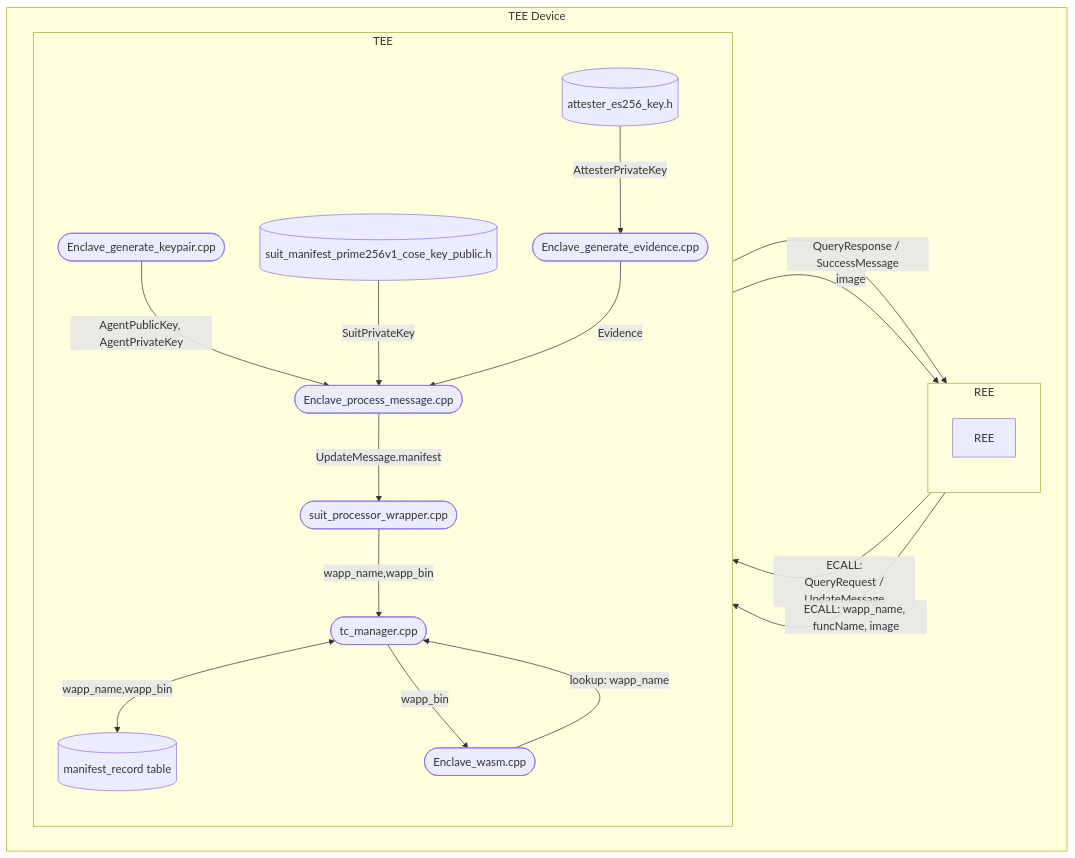
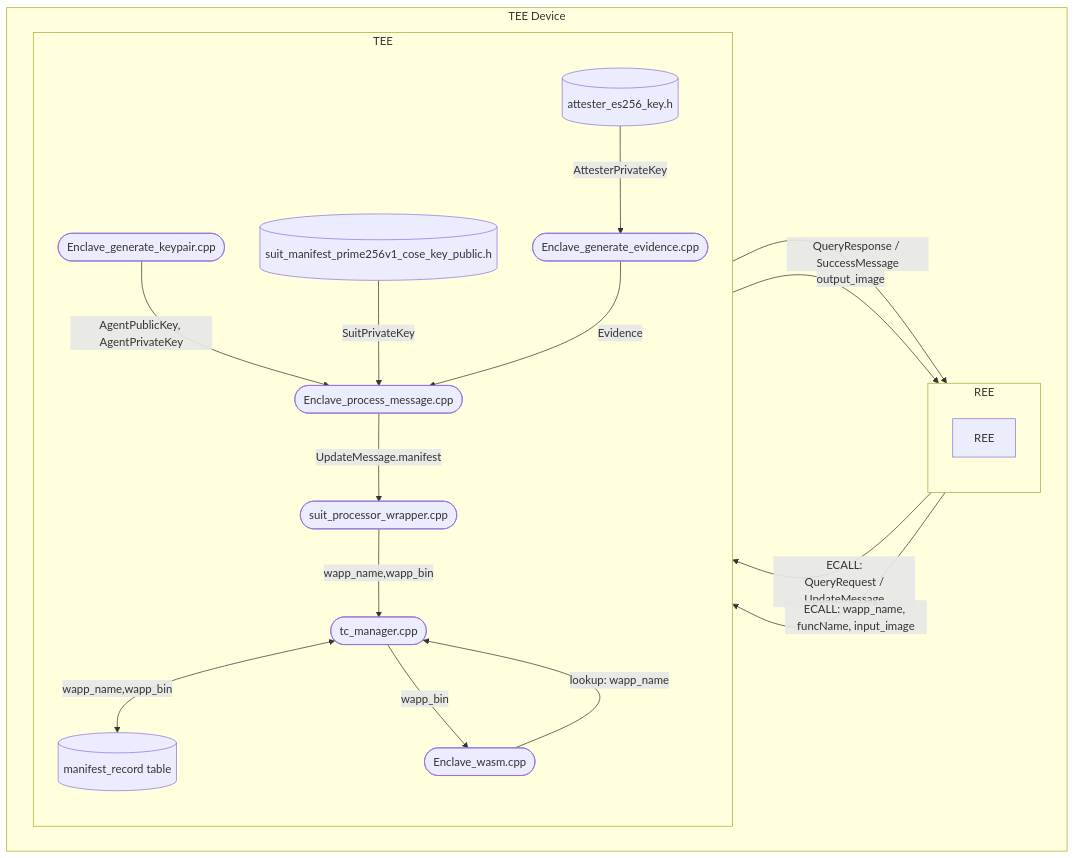
One commit to yuma-nishi/taws changed the second of 3 diagrams in doc/internal-design-dfd-dataflow.md. Above: the diagram before and after it, drawn with Mermaid. The commit also changed other lines of this file and 2 other files, not shown here.

````diff
--- a/doc/internal-design-dfd-dataflow.md
+++ b/doc/internal-design-dfd-dataflow.md
@@ -65,42 +67,41 @@
 ```mermaid
 flowchart LR
-
 
   subgraph Device[TEE Device]
   direction LR
     subgraph REE[REE]
     direction TB
       REEEntry[REE]
     end
 
     subgraph TEE[TEE]
     direction TB
       EPM([Enclave_process_message.cpp])
       SP([suit_processor_wrapper.cpp])
       TCM([tc_manager.cpp])
       Record[(manifest_record table)]
       EWASM([Enclave_wasm.cpp])
       Evidence([Enclave_generate_evidence.cpp])
       AgentKey([Enclave_generate_keypair.cpp])
       AttesterKey[(attester_es256_key.h)]
       SuitKey[(suit_manifest_prime256v1_cose_key_public.h)]
 
     end
   end
 
   REEEntry -->|"ECALL:<br/> QueryRequest / UpdateMessage"| EPM
   EPM -->|"QueryResponse / SuccessMessage"| REEEntry
-  REEEntry -->|ECALL: wapp_name, funcName, image| EWASM
-  EWASM -->|image| REEEntry
+  REEEntry -->|ECALL: wapp_name, funcName, input_image| EWASM
+  EWASM -->|output_image| REEEntry
 
   AgentKey -->|AgentPublicKey, AgentPrivateKey| EPM
   SuitKey -->|SuitPrivateKey| EPM
 
   AttesterKey -->|AttesterPrivateKey| Evidence
   Evidence -->|Evidence| EPM
   EPM -->|UpdateMessage.manifest| SP
   SP -->|wapp_name,wapp_bin| TCM
   TCM <--> |wapp_name,wapp_bin| Record
   EWASM -->|lookup: wapp_name| TCM
   TCM -->|wapp_bin| EWASM
 ```
````
